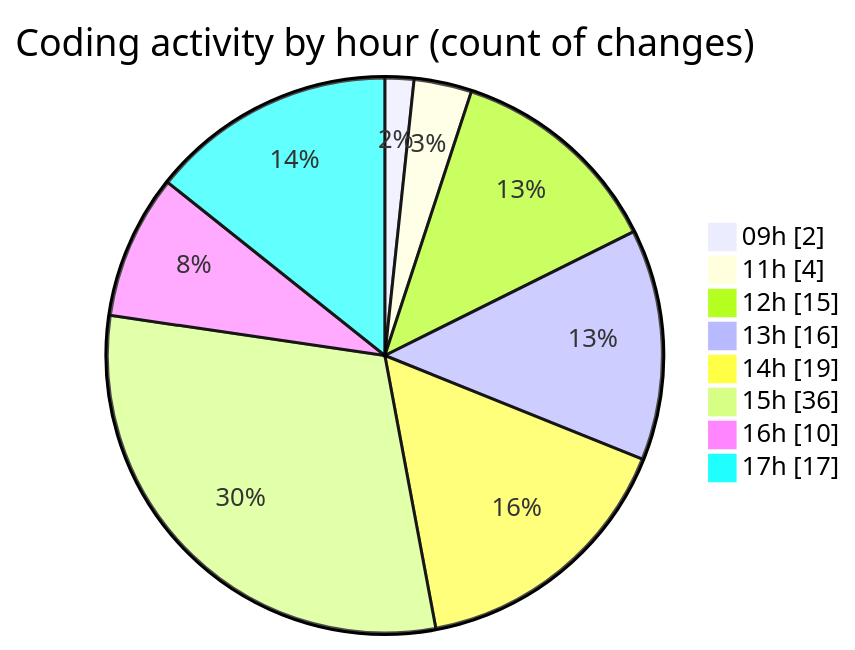
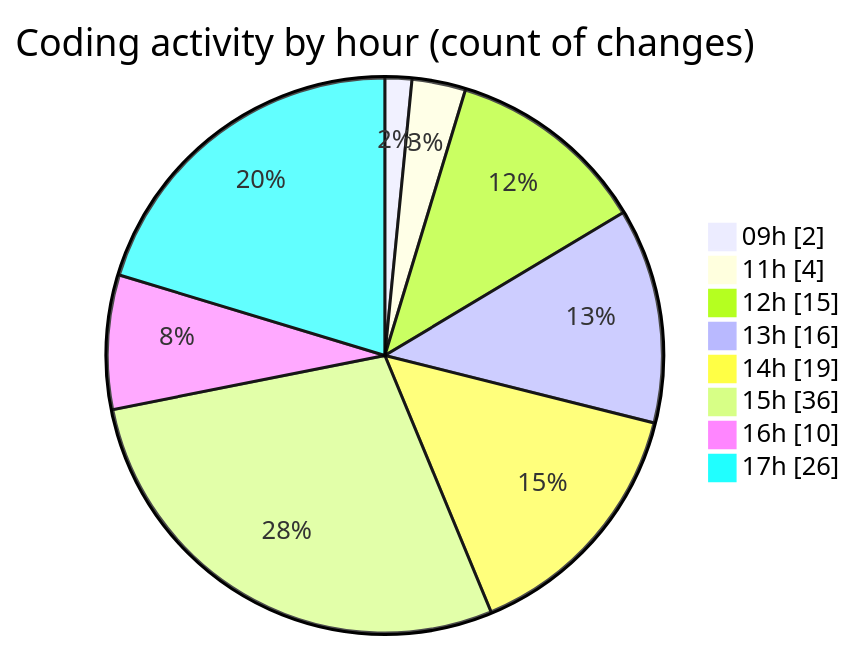
One commit to Elitesun/code-tracking changed the second of 2 diagrams in 2025-04-30/niten/README.md. Above: the diagram before and after it, drawn with Mermaid. The commit also changed other lines of this file and 1 other file, not shown here.

````diff
--- a/2025-04-30/niten/README.md
+++ b/2025-04-30/niten/README.md
@@ -69,12 +70,12 @@
 ```mermaid
 pie showData
 title Coding activity by hour (count of changes)
 "09h" : 2
 "11h" : 4
 "12h" : 15
 "13h" : 16
 "14h" : 19
 "15h" : 36
 "16h" : 10
-"17h" : 17
+"17h" : 26
 ```
````
